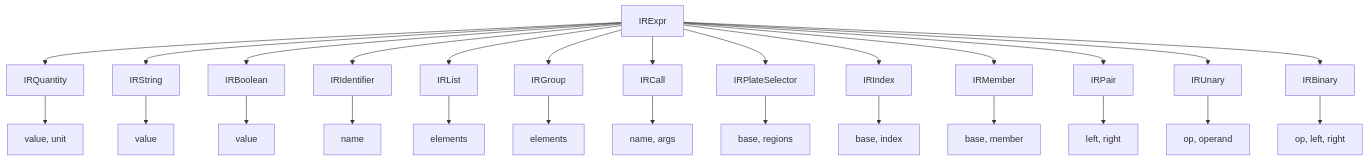
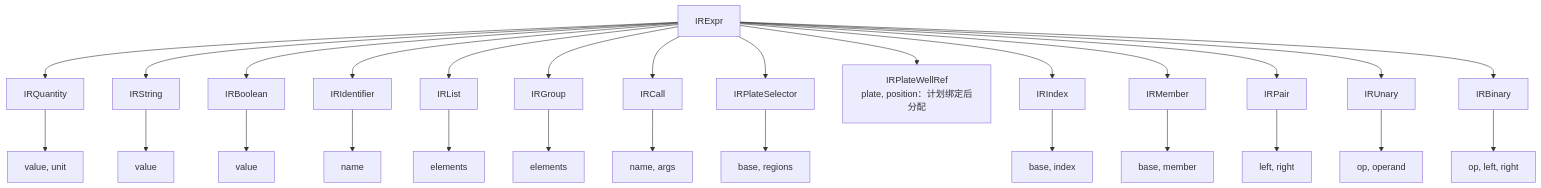
One commit to culsma/culsma changed the fifth of 6 diagrams in docs/architecture/pipeline/ir_structure_diagrams.md. Above: the diagram before and after it, drawn with Mermaid. The commit also changed other lines of this file and 37 other files, not shown here.

````diff
--- a/docs/architecture/pipeline/ir_structure_diagrams.md
+++ b/docs/architecture/pipeline/ir_structure_diagrams.md
@@ -144,60 +144,62 @@
 ```mermaid
 flowchart TB
     Expr["IRExpr"]
 
     Quantity["IRQuantity"]
     String["IRString"]
     Boolean["IRBoolean"]
     Identifier["IRIdentifier"]
     List["IRList"]
     Group["IRGroup"]
     Call["IRCall"]
     PlateSelector["IRPlateSelector"]
+    PlateWellRef["IRPlateWellRef<br/>plate, position：计划绑定后分配"]
     Index["IRIndex"]
     Member["IRMember"]
     Pair["IRPair"]
     Unary["IRUnary"]
     Binary["IRBinary"]
 
     QuantityFields["value, unit"]
     StringFields["value"]
     BooleanFields["value"]
     IdentifierFields["name"]
     ListFields["elements"]
     GroupFields["elements"]
     CallFields["name, args"]
     PlateSelectorFields["base, regions"]
     IndexFields["base, index"]
     MemberFields["base, member"]
     PairFields["left, right"]
     UnaryFields["op, operand"]
     BinaryFields["op, left, right"]
 
     Expr --> Quantity
     Expr --> String
     Expr --> Boolean
     Expr --> Identifier
     Expr --> List
     Expr --> Group
     Expr --> Call
     Expr --> PlateSelector
+    Expr --> PlateWellRef
     Expr --> Index
     Expr --> Member
     Expr --> Pair
     Expr --> Unary
     Expr --> Binary
 
     Quantity --> QuantityFields
     String --> StringFields
     Boolean --> BooleanFields
     Identifier --> IdentifierFields
     List --> ListFields
     Group --> GroupFields
     Call --> CallFields
     PlateSelector --> PlateSelectorFields
     Index --> IndexFields
     Member --> MemberFields
     Pair --> PairFields
     Unary --> UnaryFields
     Binary --> BinaryFields
 ```
````
